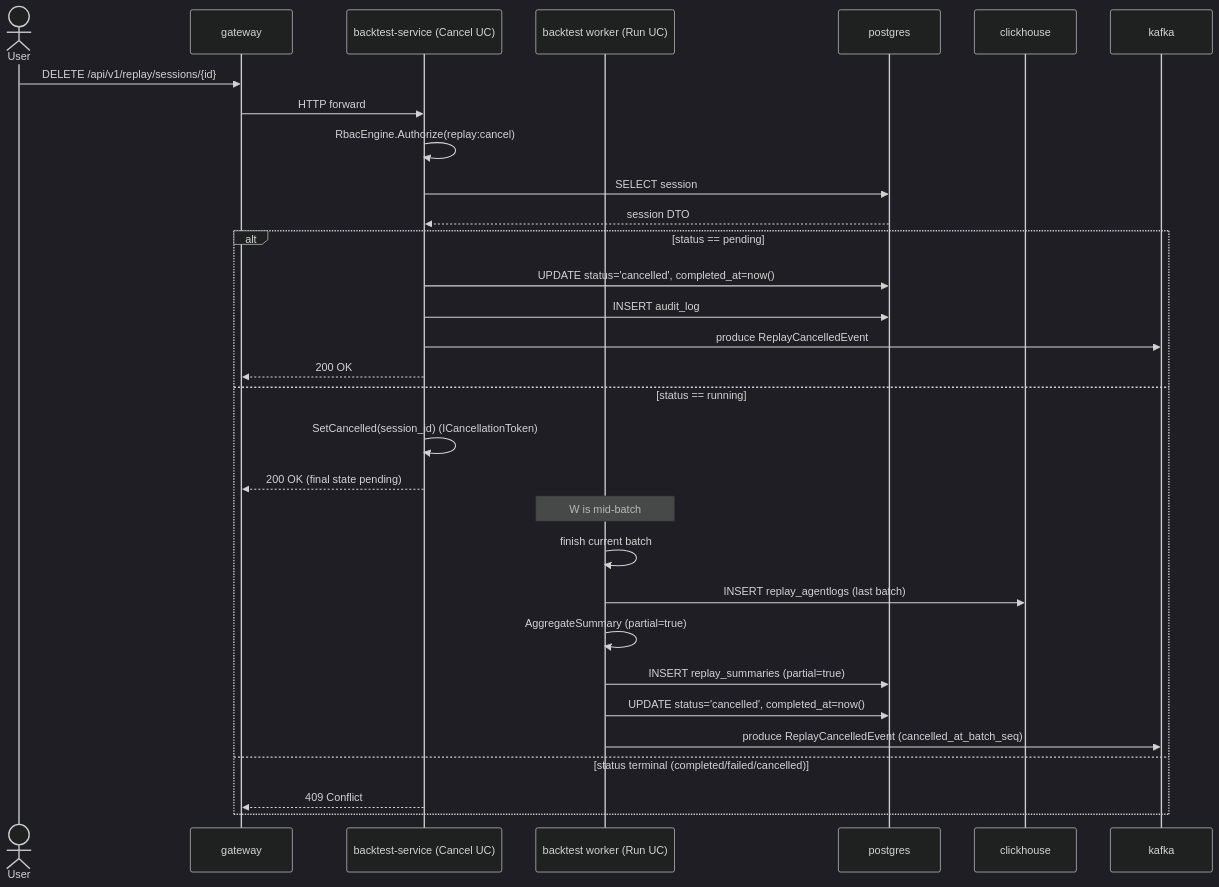
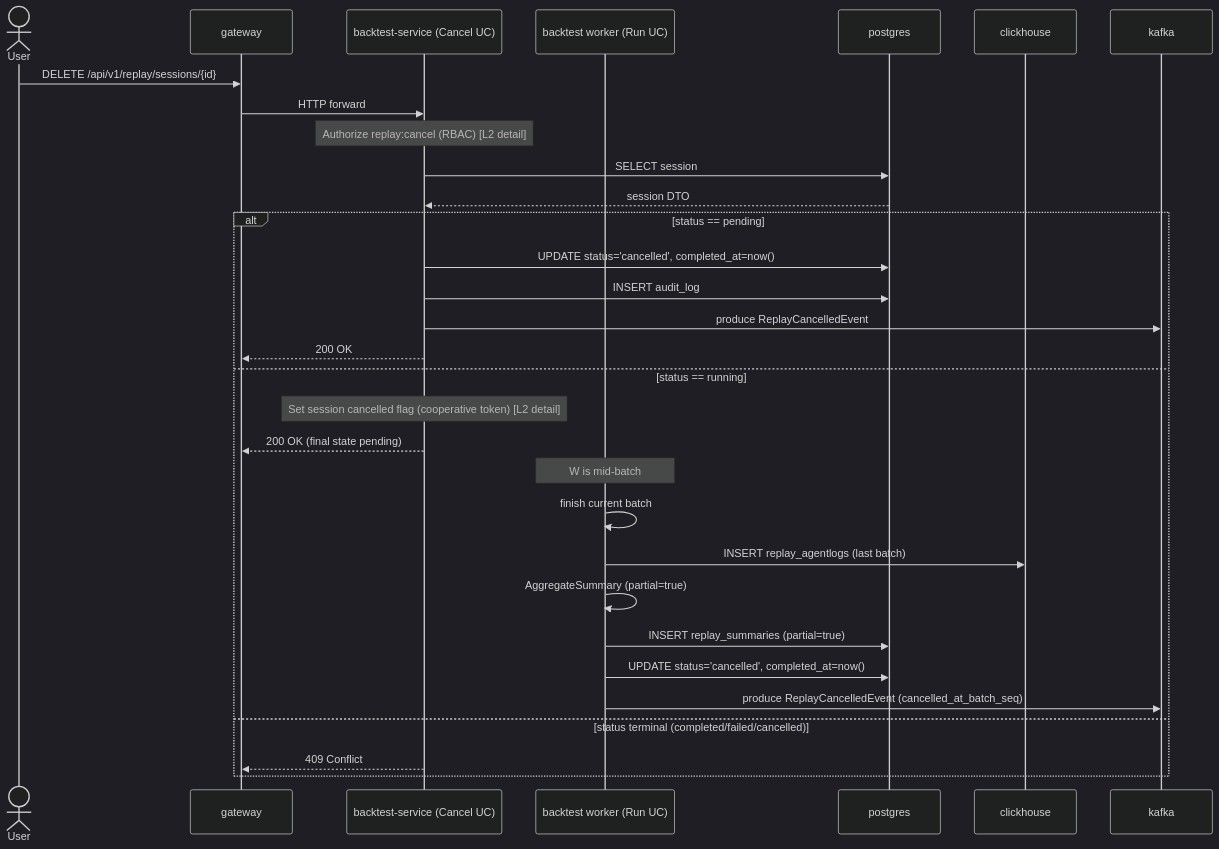
One commit to kkpiftankin-tech/cont_exchange_v2 changed the diagram in docs/05-components/sequences/SEQ-F15-03-cancel-services.md. Above: the diagram before and after it, drawn with Mermaid (dark theme). The commit also changed 3 other files, not shown here.

````diff
--- a/docs/05-components/sequences/SEQ-F15-03-cancel-services.md
+++ b/docs/05-components/sequences/SEQ-F15-03-cancel-services.md
@@ -33,34 +33,34 @@
 ```mermaid
 sequenceDiagram
     actor U as User
     participant GW as gateway
     participant BS as backtest-service (Cancel UC)
     participant W as backtest worker (Run UC)
     participant PG as postgres
     participant CH as clickhouse
     participant K as kafka
 
     U->>GW: DELETE /api/v1/replay/sessions/{id}
     GW->>BS: HTTP forward
-    BS->>BS: RbacEngine.Authorize(replay:cancel)
+    Note over BS: Authorize replay:cancel (RBAC) [L2 detail]
     BS->>PG: SELECT session
     PG-->>BS: session DTO
     alt status == pending
         BS->>PG: UPDATE status='cancelled', completed_at=now()
         BS->>PG: INSERT audit_log
         BS->>K: produce ReplayCancelledEvent
         BS-->>GW: 200 OK
     else status == running
-        BS->>BS: SetCancelled(session_id) (ICancellationToken)
+        Note over BS: Set session cancelled flag (cooperative token) [L2 detail]
         BS-->>GW: 200 OK (final state pending)
         Note over W: W is mid-batch
         W->>W: finish current batch
         W->>CH: INSERT replay_agentlogs (last batch)
         W->>W: AggregateSummary (partial=true)
         W->>PG: INSERT replay_summaries (partial=true)
         W->>PG: UPDATE status='cancelled', completed_at=now()
         W->>K: produce ReplayCancelledEvent (cancelled_at_batch_seq)
     else status terminal (completed/failed/cancelled)
         BS-->>GW: 409 Conflict
     end
 ```
````
